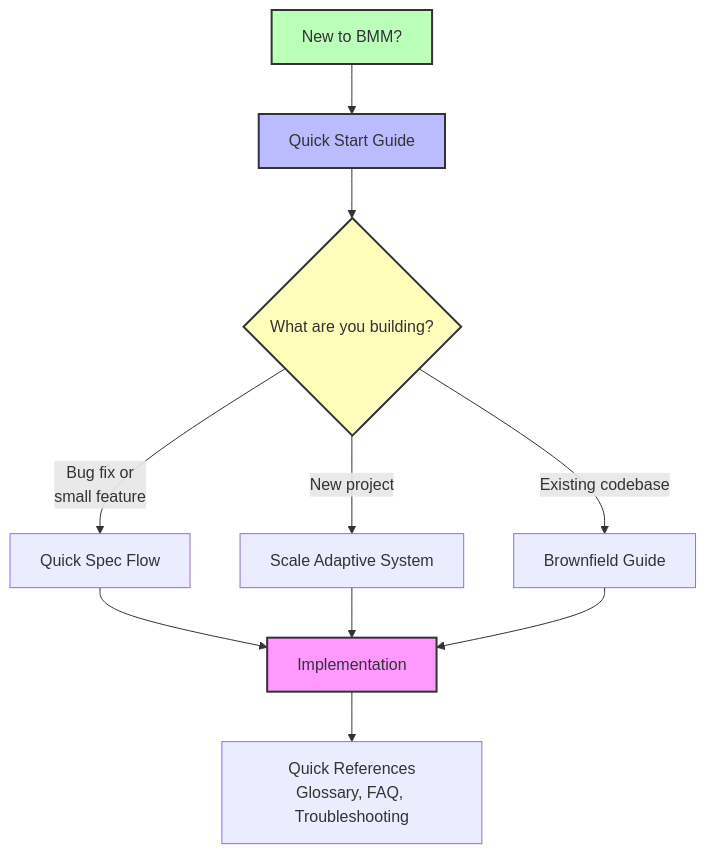
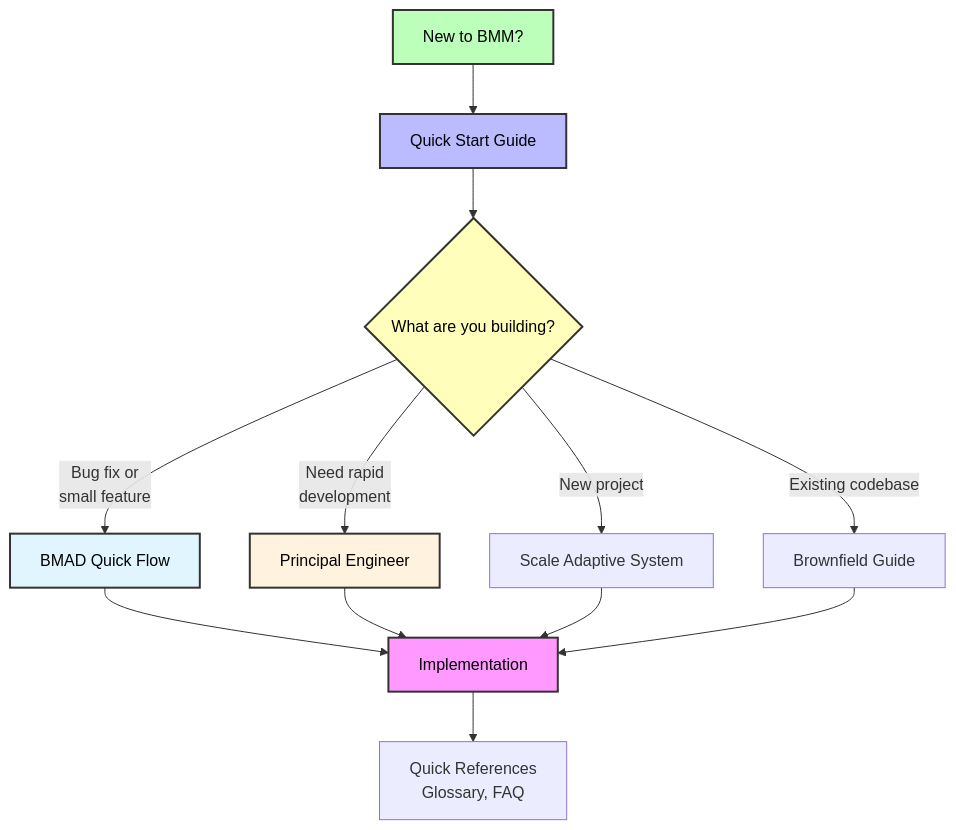
Before and after one commit to XXtract-development/logoRecognition: the diagram in bmad/bmm/docs/README.md, drawn with Mermaid. The commit also changed other lines of this file and 2082 other files, not shown here.

````diff
--- a/bmad/bmm/docs/README.md
+++ b/bmad/bmm/docs/README.md
@@ -200,22 +213,26 @@
 ```mermaid
 flowchart TD
     START[New to BMM?]
     START --> QS[Quick Start Guide]
 
     QS --> DECIDE{What are you building?}
 
-    DECIDE -->|Bug fix or<br/>small feature| QSF[Quick Spec Flow]
+    DECIDE -->|Bug fix or<br/>small feature| QF[BMAD Quick Flow]
+    DECIDE -->|Need rapid<br/>development| PE[Principal Engineer]
     DECIDE -->|New project| SAS[Scale Adaptive System]
     DECIDE -->|Existing codebase| BF[Brownfield Guide]
 
-    QSF --> IMPL[Implementation]
+    QF --> IMPL[Implementation]
+    PE --> IMPL
     SAS --> IMPL
     BF --> IMPL
 
-    IMPL --> REF[Quick References<br/>Glossary, FAQ, Troubleshooting]
+    IMPL --> REF[Quick References<br/>Glossary, FAQ]
 
-    style START fill:#bfb,stroke:#333,stroke-width:2px
-    style QS fill:#bbf,stroke:#333,stroke-width:2px
-    style DECIDE fill:#ffb,stroke:#333,stroke-width:2px
-    style IMPL fill:#f9f,stroke:#333,stroke-width:2px
+    style START fill:#bfb,stroke:#333,stroke-width:2px,color:#000
+    style QS fill:#bbf,stroke:#333,stroke-width:2px,color:#000
+    style DECIDE fill:#ffb,stroke:#333,stroke-width:2px,color:#000
+    style QF fill:#e1f5fe,stroke:#333,stroke-width:2px,color:#000
+    style PE fill:#fff3e0,stroke:#333,stroke-width:2px,color:#000
+    style IMPL fill:#f9f,stroke:#333,stroke-width:2px,color:#000
 ```
````
